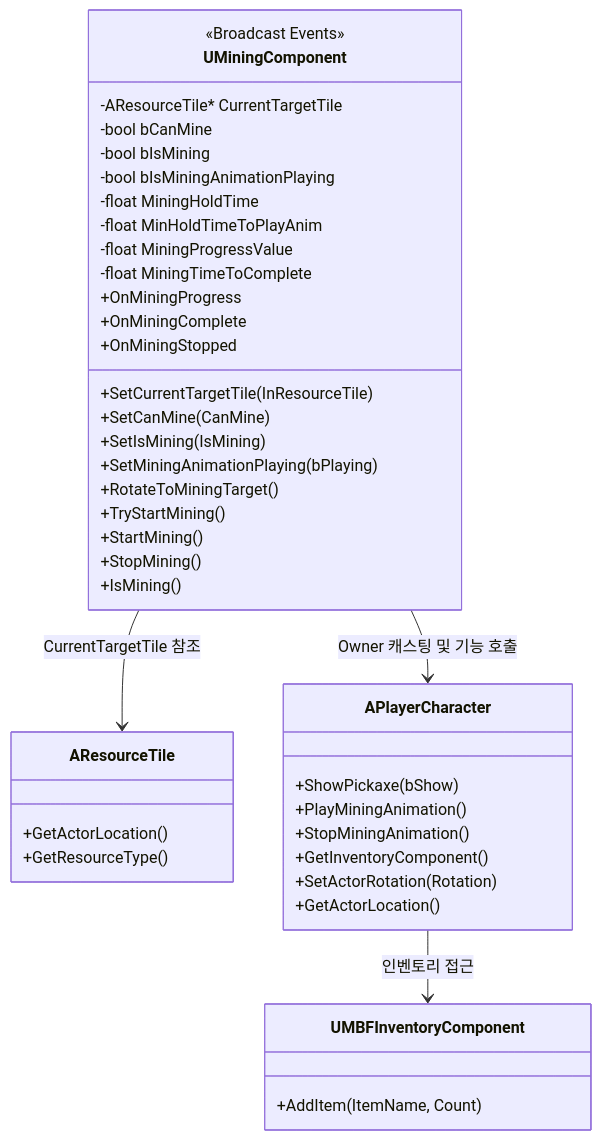
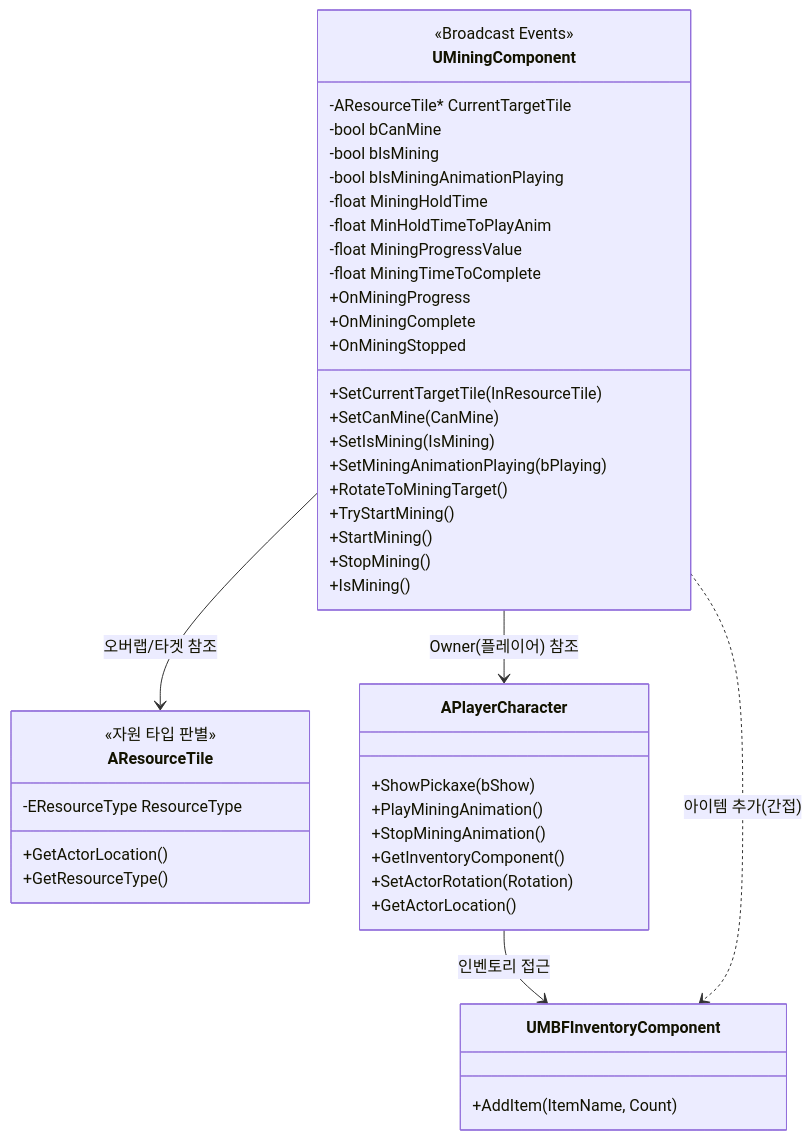
Before and after one commit to WJMcode/MBFactorio: the first of 3 diagrams in README.md, drawn with Mermaid.

````diff
--- a/README.md
+++ b/README.md
@@ -1,46 +1,53 @@
 ```mermaid
 classDiagram
+    %% 주요 클래스 정의
     class UMiningComponent {
         -AResourceTile* CurrentTargetTile
         -bool bCanMine
         -bool bIsMining
         -bool bIsMiningAnimationPlaying
         -float MiningHoldTime
         -float MinHoldTimeToPlayAnim
         -float MiningProgressValue
         -float MiningTimeToComplete
         +SetCurrentTargetTile(InResourceTile)
         +SetCanMine(CanMine)
         +SetIsMining(IsMining)
         +SetMiningAnimationPlaying(bPlaying)
         +RotateToMiningTarget()
         +TryStartMining()
         +StartMining()
         +StopMining()
         +IsMining()
         <<Broadcast Events>>
         +OnMiningProgress
         +OnMiningComplete
         +OnMiningStopped
     }
 
     class AResourceTile {
         +GetActorLocation()
         +GetResourceType()
+        <<자원 타입 판별>>
+        -EResourceType ResourceType
     }
+
     class APlayerCharacter {
         +ShowPickaxe(bShow)
         +PlayMiningAnimation()
         +StopMiningAnimation()
         +GetInventoryComponent()
         +SetActorRotation(Rotation)
         +GetActorLocation()
     }
+
     class UMBFInventoryComponent {
         +AddItem(ItemName, Count)
     }
 
-    UMiningComponent --> AResourceTile : CurrentTargetTile 참조
-    UMiningComponent --> APlayerCharacter : Owner 캐스팅 및 기능 호출
+    %% 관계 표시
+    UMiningComponent --> AResourceTile : 오버랩/타겟 참조
+    UMiningComponent --> APlayerCharacter : Owner(플레이어) 참조
     APlayerCharacter --> UMBFInventoryComponent : 인벤토리 접근
+    UMiningComponent ..> UMBFInventoryComponent : 아이템 추가(간접)
 ```
````
